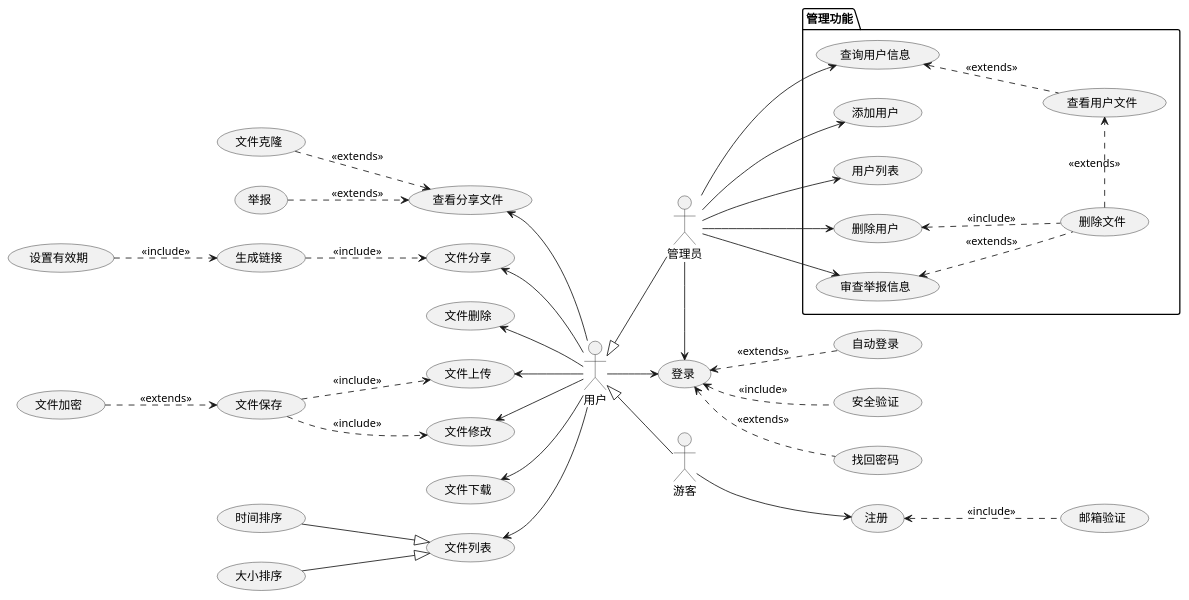
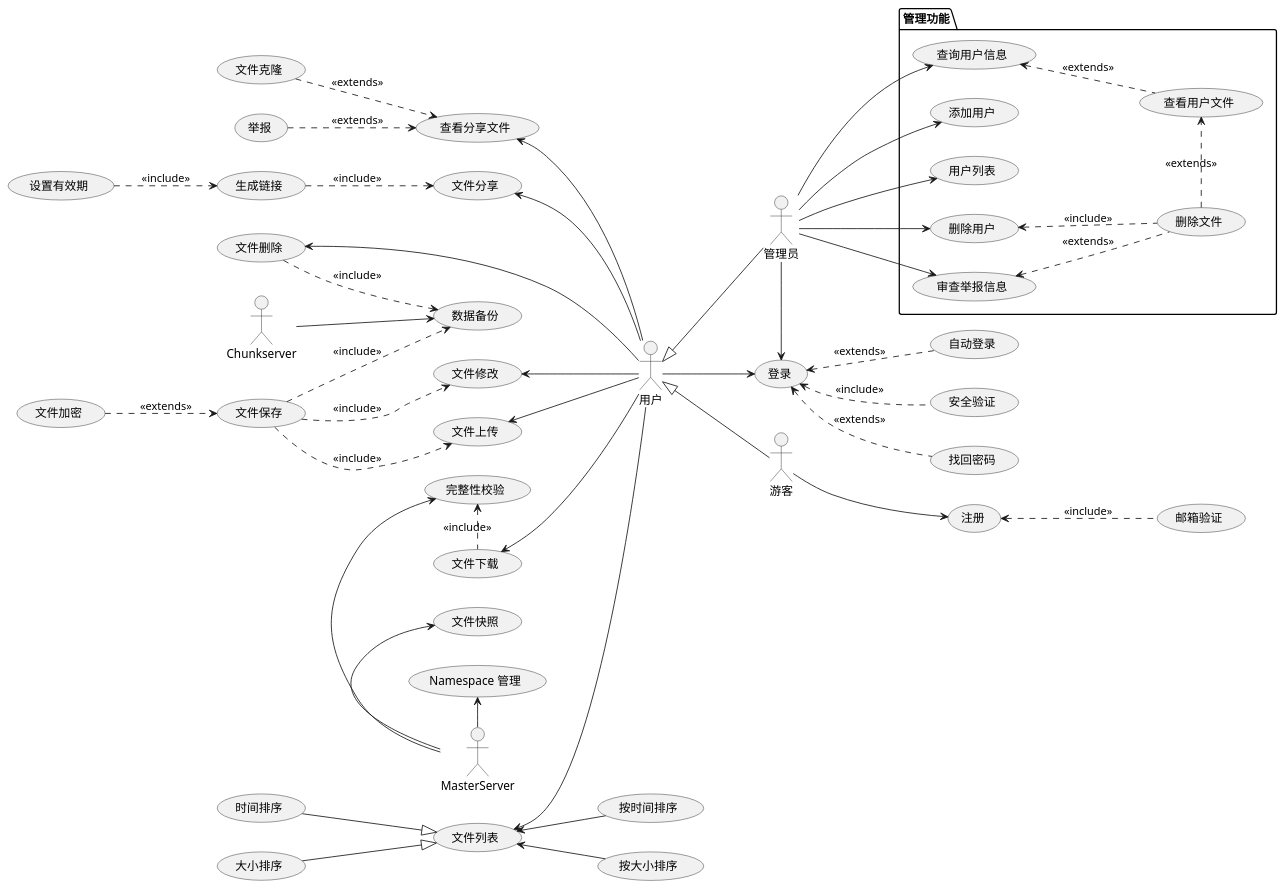
One commit to sonderlau/UML-Lesson changed the diagram in src/Usecase.wsd. Above: the diagram before and after it, drawn with PlantUML. The commit also changed 10 other files, not shown here.

```diff
--- a/src/Usecase.wsd
+++ b/src/Usecase.wsd
@@ -1,86 +1,113 @@
 @startuml "Usecase"
 left to right direction
 actor "游客" as USER
+actor "MasterServer" as master_server
+actor "Chunkserver" as chunkserver
 
 usecase "注册" as Register
 usecase "登录" as Login
 usecase "安全验证" as Verification
 usecase "找回密码" as Recover
 usecase "自动登录" as Automatic_login
 usecase "邮箱验证" as Email
 
 USER -down-> Register
 
 Email .up.> Register : <<include>>
 Verification .up.> Login : <<include>>
 Recover .up.> Login : <<extends>>
 Automatic_login .up.> Login : <<extends>>
 
 actor "管理员" as ADMIN
 actor "用户" as R_USER
 
 R_USER <|-- ADMIN
 R_USER <|-- USER
 R_USER ->Login 
 ADMIN -> Login
 
 package 管理功能 {
   usecase "审查举报信息" as check_File
   usecase "添加用户" as ADD_USER
   usecase "删除用户" as DELETE_USER
   usecase "用户列表" as LIST_USER
   usecase "查询用户信息" as Search_UserInfo
   usecase "查看用户文件" as Search_File
   usecase "删除文件" as Delete_file
 
   Search_File .up.> Search_UserInfo : <<extends>>
   Delete_file .> Search_File : <<extends>>
   Delete_file .up.> check_File : <<extends>>
   Delete_file .up.> DELETE_USER : <<include>>
 }
 
 ADMIN -down-> ADD_USER
 ADMIN -down-> DELETE_USER
 ADMIN -down-> LIST_USER
 ADMIN -down-> Search_UserInfo
 ADMIN -down-> check_File
 
 usecase "文件上传" as UPLOAD
 usecase "文件下载" as DOWNLOAD
+usecase "完整性校验" as data_checksum
+usecase "Namespace 管理" as namespace_management
+usecase "文件快照" as snapshot
+DOWNLOAD .left.> data_checksum : <<include>>
+
+master_server -left-> namespace_management
+master_server -left-> data_checksum
+master_server -left-> snapshot
+
 usecase "文件修改" as UPDATE
 usecase "文件删除" as DELETE
 usecase "文件分享" as SHARE
 usecase "文件列表" as FILE_LIST
+usecase "按时间排序" as sort_by_time
+usecase "按大小排序" as sort_by_size
+
+sort_by_size -up-> FILE_LIST
+sort_by_time -up-> FILE_LIST
+
+usecase "数据备份" as data_backup
+
+chunkserver --> data_backup
+
+
+
 usecase "查看分享文件" as Browse_share
 
 R_USER -up-> UPLOAD
 R_USER -up-> DOWNLOAD
 R_USER -up->UPDATE
 R_USER -up->DELETE
 R_USER -up->SHARE
 R_USER -up->Browse_share
 R_USER -up->FILE_LIST
 
 usecase "文件保存" as PRESERVE
 usecase "生成链接" as LINK
 usecase "时间排序" as TIME_SORT
 usecase "大小排序" as SIZE_SORT
 usecase "文件克隆" as File_clone
 usecase "举报" as report
 
 LINK .down.> SHARE : <<include>>
 PRESERVE .down.> UPDATE : <<include>>
 PRESERVE .down.> UPLOAD : <<include>>
 File_clone .down.> Browse_share : <<extends>>
 report .down.> Browse_share : <<extends>>
 
 TIME_SORT -down-|> FILE_LIST
 SIZE_SORT -down-|> FILE_LIST
 
 usecase "文件加密" as ENCRYPTION
 usecase "设置有效期" as Validity
 
 ENCRYPTION .down.> PRESERVE : <<extends>>
 Validity .down.> LINK : <<include>>
 
+
+PRESERVE ..> data_backup : <<include>>
+DELETE ..> data_backup : <<include>>
+
 @enduml
```
